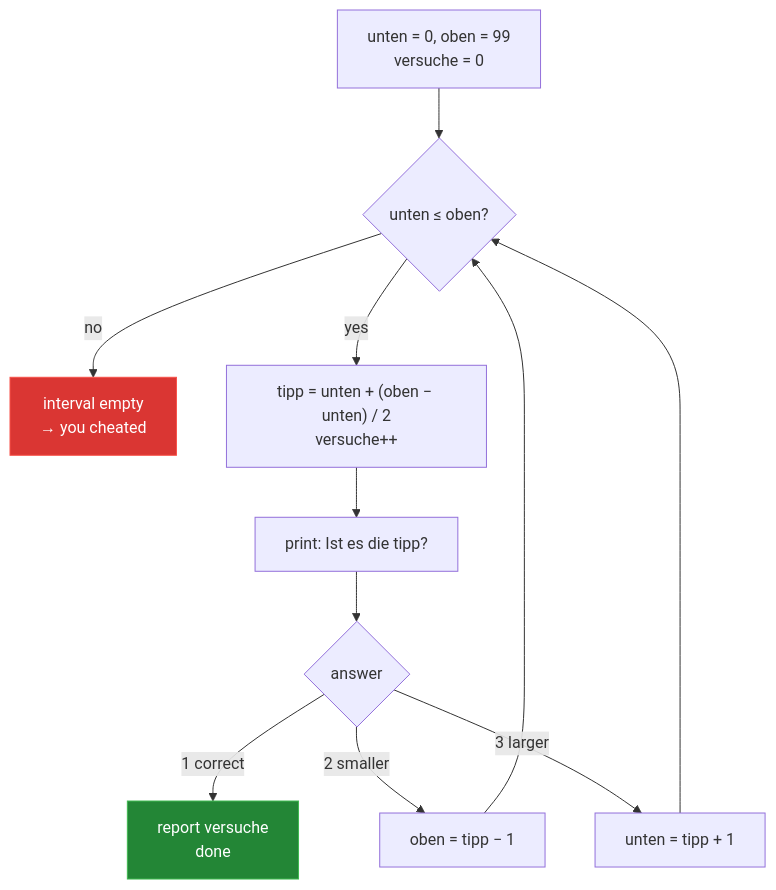
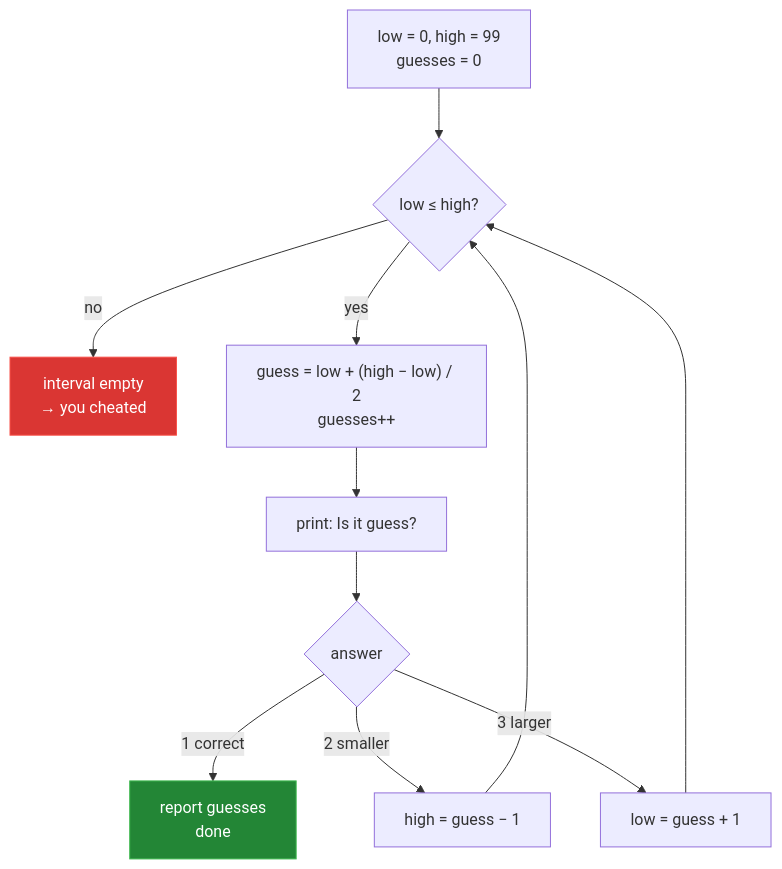
Before and after one commit to Bissbert/zahlenraten: the diagram in docs/01-rater.md, drawn with Mermaid. The commit also changed other lines of this file and 21 other files, not shown here.

````diff
--- a/docs/01-rater.md
+++ b/docs/01-rater.md
@@ -21,16 +22,16 @@
 ```mermaid
 flowchart TD
-    A["unten = 0, oben = 99<br/>versuche = 0"] --> B{"unten ≤ oben?"}
+    A["low = 0, high = 99<br/>guesses = 0"] --> B{"low ≤ high?"}
     B -- no --> H["interval empty<br/>→ you cheated"]
-    B -- yes --> C["tipp = unten + (oben − unten) / 2<br/>versuche++"]
-    C --> D["print: Ist es die tipp?"]
+    B -- yes --> C["guess = low + (high − low) / 2<br/>guesses++"]
+    C --> D["print: Is it guess?"]
     D --> E{"answer"}
-    E -- "1 correct" --> F["report versuche<br/>done"]
-    E -- "2 smaller" --> G1["oben = tipp − 1"]
-    E -- "3 larger" --> G2["unten = tipp + 1"]
+    E -- "1 correct" --> F["report guesses<br/>done"]
+    E -- "2 smaller" --> G1["high = guess − 1"]
+    E -- "3 larger" --> G2["low = guess + 1"]
     G1 --> B
     G2 --> B
 
     style F fill:#238636,stroke:#3fb950,color:#fff
     style H fill:#da3633,stroke:#f85149,color:#fff
 ```
````
